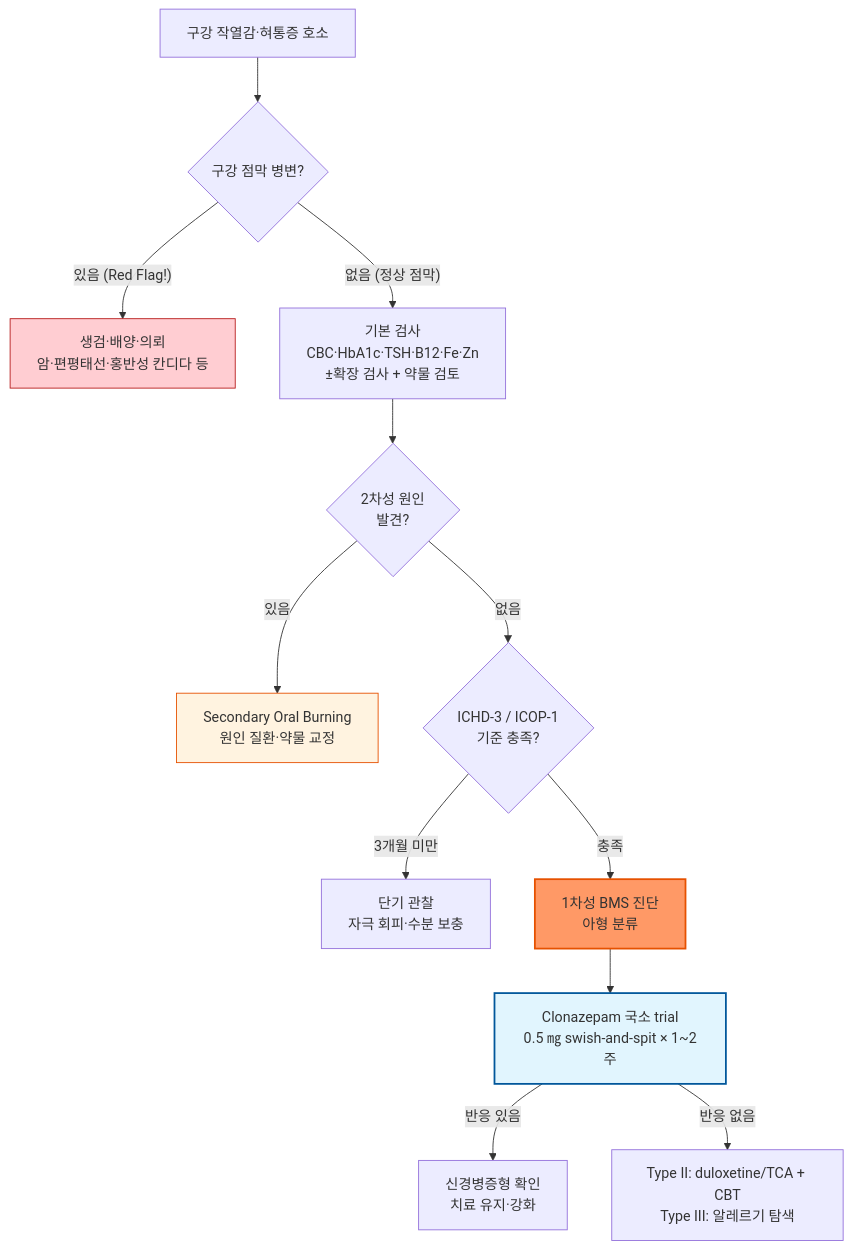
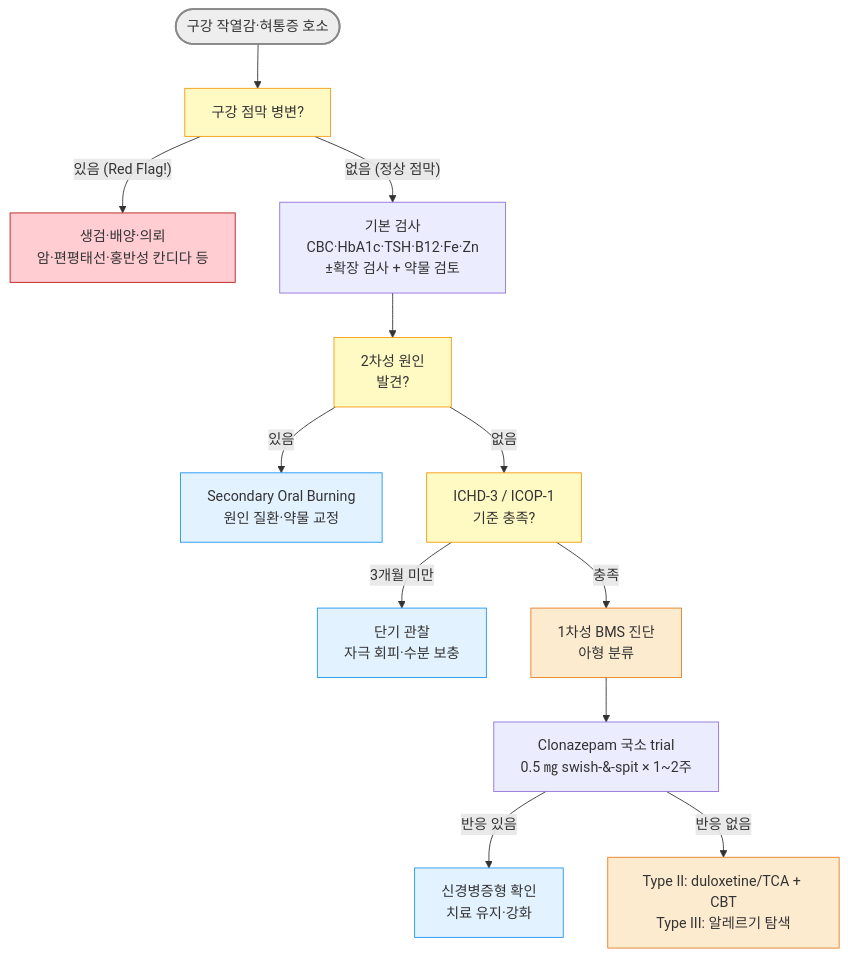
Before and after one commit to familyoh77/familyoh77: the diagram in 222_/057_-glossodynia-burning-mouth-syndrome.md, drawn with Mermaid. The commit also changed other lines of this file and 2 other files, not shown here.

````diff
--- a/222_/057_-glossodynia-burning-mouth-syndrome.md
+++ b/222_/057_-glossodynia-burning-mouth-syndrome.md
@@ -134,18 +120,22 @@
 ```mermaid
 flowchart TD
-    A["구강 작열감·혀통증 호소"] --> B{"구강 점막 병변?"}
+    A(["구강 작열감·혀통증 호소"]) --> B["구강 점막 병변?"]
     B -->|"있음 (Red Flag!)"| C["생검·배양·의뢰<br/>암·편평태선·홍반성 칸디다 등"]
     B -->|"없음 (정상 점막)"| D["기본 검사<br/>CBC·HbA1c·TSH·B12·Fe·Zn<br/>±확장 검사 + 약물 검토"]
-    D --> E{"2차성 원인<br/>발견?"}
+    D --> E["2차성 원인<br/>발견?"]
     E -->|"있음"| F["Secondary Oral Burning<br/>원인 질환·약물 교정"]
-    E -->|"없음"| G{"ICHD-3 / ICOP-1<br/>기준 충족?"}
+    E -->|"없음"| G["ICHD-3 / ICOP-1<br/>기준 충족?"]
     G -->|"3개월 미만"| H["단기 관찰<br/>자극 회피·수분 보충"]
     G -->|"충족"| I["1차성 BMS 진단<br/>아형 분류"]
-    I --> T["Clonazepam 국소 trial<br/>0.5 ㎎ swish-and-spit × 1~2주"]
+    I --> T["Clonazepam 국소 trial<br/>0.5 ㎎ swish-&-spit × 1~2주"]
     T -->|"반응 있음"| U["신경병증형 확인<br/>치료 유지·강화"]
     T -->|"반응 없음"| V["Type II: duloxetine/TCA + CBT<br/>Type III: 알레르기 탐색"]
-    style I fill:#f96,stroke:#e65100,stroke-width:2px
-    style T fill:#e1f5fe,stroke:#01579b,stroke-width:2px
-    style C fill:#ffcdd2,stroke:#b71c1c
-    style F fill:#fff3e0,stroke:#e65100
+style A fill:#eeeeee,stroke:#888888,stroke-width:2px
+style C fill:#ffcdd2,stroke:#b71c1c
+classDef yellow fill:#fff9c4,stroke:#f39c12
+class B,E,G yellow
+classDef sky fill:#e3f2ff,stroke:#2196f3
+class F,H,U sky
+classDef orange fill:#fdebd0,stroke:#e67e22
+class I,V orange
 ```
````
